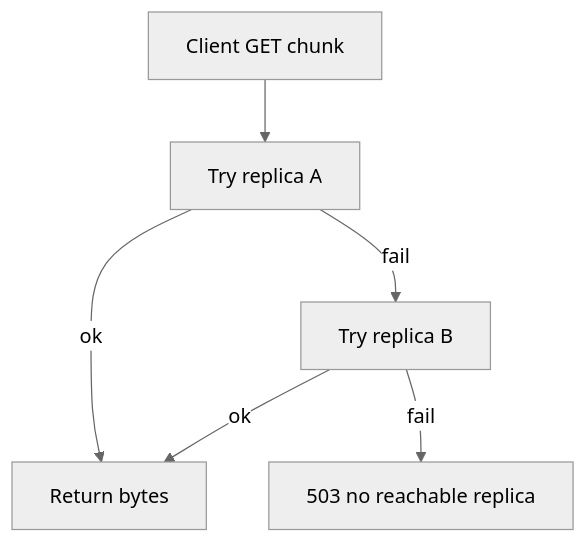
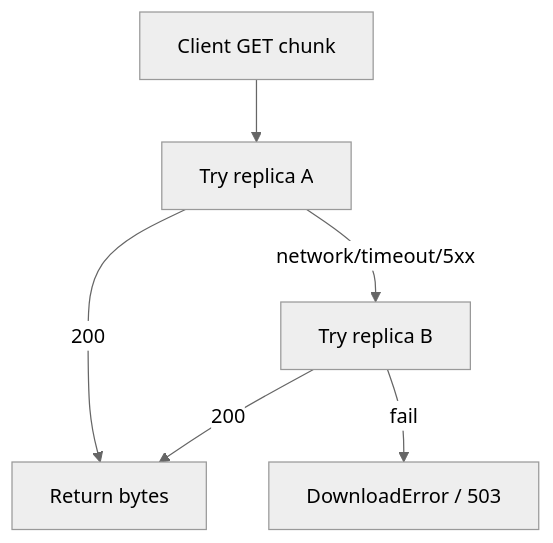
The diagram in docs/FAULT_TOLERANCE.md (DanielUH2019/distributed-file-system), drawn with Mermaid (neutral theme) before and after one commit. The commit also changed other lines of this file and 2 other files, not shown here.

Commit message:
M5: architecture and fault-tolerance docs (full stack)

````diff
--- a/docs/FAULT_TOLERANCE.md
+++ b/docs/FAULT_TOLERANCE.md
@@ -26,8 +15,8 @@
 ```mermaid
 flowchart TD
     Start[Client GET chunk] --> A[Try replica A]
-    A -->|ok| Done[Return bytes]
-    A -->|fail| B[Try replica B]
-    B -->|ok| Done
-    B -->|fail| Err[503 no reachable replica]
+    A -->|200| Done[Return bytes]
+    A -->|"network/timeout/5xx"| B[Try replica B]
+    B -->|200| Done
+    B -->|fail| Err[DownloadError / 503]
 ```
````
